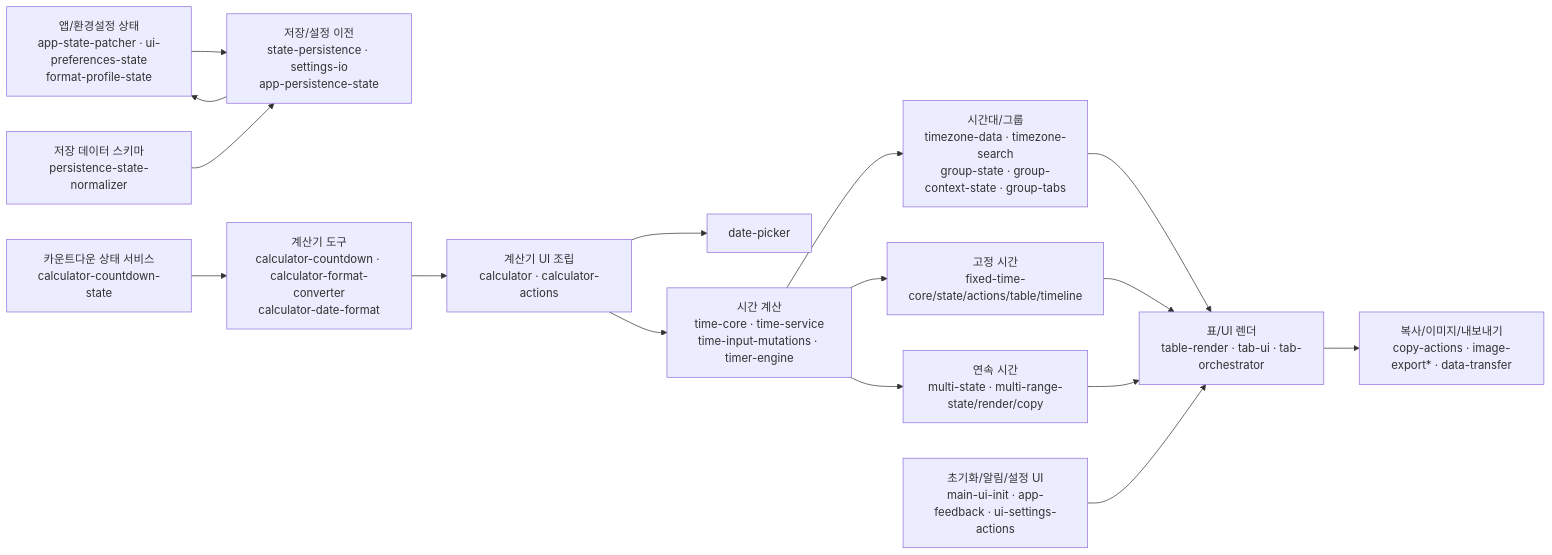
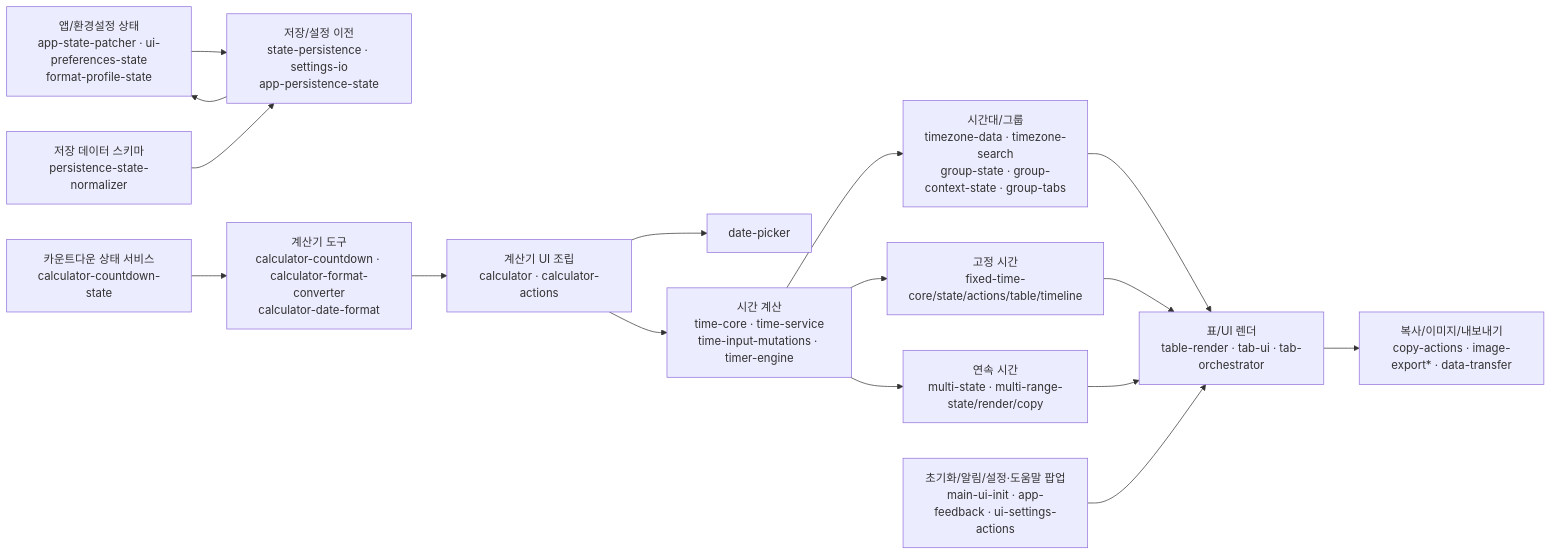
The third of 3 diagrams in docs/module-relationship-map.md (destinycase/GlobalTimeViewer), drawn with Mermaid before and after one commit. The commit also changed 19 other files, not shown here.

````diff
--- a/docs/module-relationship-map.md
+++ b/docs/module-relationship-map.md
@@ -80,18 +80,18 @@
 ```mermaid
 flowchart LR
     TIME["시간 계산\ntime-core · time-service\ntime-input-mutations · timer-engine"] --> TZ["시간대/그룹\ntimezone-data · timezone-search\ngroup-state · group-context-state · group-tabs"]
     TIME --> FIXED["고정 시간\nfixed-time-core/state/actions/table/timeline"]
     TIME --> MULTI["연속 시간\nmulti-state · multi-range-state/render/copy"]
     TZ --> TABLE["표/UI 렌더\ntable-render · tab-ui · tab-orchestrator"]
     FIXED --> TABLE
     MULTI --> TABLE
     TABLE --> COPY["복사/이미지/내보내기\ncopy-actions · image-export* · data-transfer"]
     STATE["앱/환경설정 상태\napp-state-patcher · ui-preferences-state\nformat-profile-state"] --> PERSIST["저장/설정 이전\nstate-persistence · settings-io\napp-persistence-state"]
     PERSIST --> STATE
     SCHEMA["저장 데이터 스키마\npersistence-state-normalizer"] --> PERSIST
     CALCSTATE["카운트다운 상태 서비스\ncalculator-countdown-state"] --> CALCTOOLS["계산기 도구\ncalculator-countdown · calculator-format-converter\ncalculator-date-format"]
     CALCTOOLS --> CALCUI["계산기 UI 조립\ncalculator · calculator-actions"]
     CALCUI --> DATEPICKER["date-picker"]
     CALCUI --> TIME
-    UI["초기화/알림/설정 UI\nmain-ui-init · app-feedback · ui-settings-actions"] --> TABLE
+    UI["초기화/알림/설정·도움말 팝업\nmain-ui-init · app-feedback · ui-settings-actions"] --> TABLE
 ```
````
